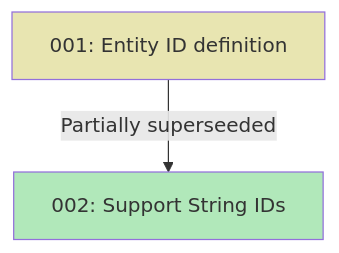
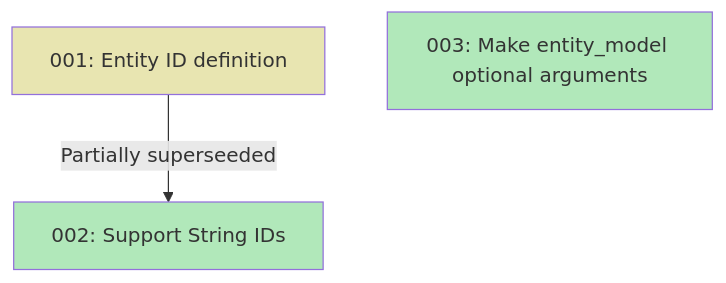
One commit to lyz-code/repository-orm changed the diagram in docs/adr/adr.md. Above: the diagram before and after it, drawn with Mermaid. The commit also changed 27 other files, not shown here.

First line of the commit message:
feat: make entity models optional arguments of the repo methods

````diff
--- a/docs/adr/adr.md
+++ b/docs/adr/adr.md
@@ -5,20 +5,23 @@
 ```mermaid
 graph TD
     001[001: Entity ID definition]
     002[002: Support String IDs]
+    003[003: Make entity_model optional arguments]
 
     click 001 "https://lyz-code.github.io/repository-orm/adr/001-entity_id_definition/" _blank
     click 002 "https://lyz-code.github.io/repository-orm/adr/002-support_string_ids/" _blank
+    click 003 "https://lyz-code.github.io/repository-orm/adr/003-make_entity_models_optional_arguments/" _blank
 
     001 -- Partially superseeded --> 002
 
     001:::superseeded
     002:::accepted
+    003:::accepted
 
     classDef draft fill:#CDBFEA;
     classDef proposed fill:#B1CCE8;
     classDef accepted fill:#B1E8BA;
     classDef rejected fill:#E8B1B1;
     classDef deprecated fill:#E8B1B1;
     classDef superseeded fill:#E8E5B1;
 ```
````
